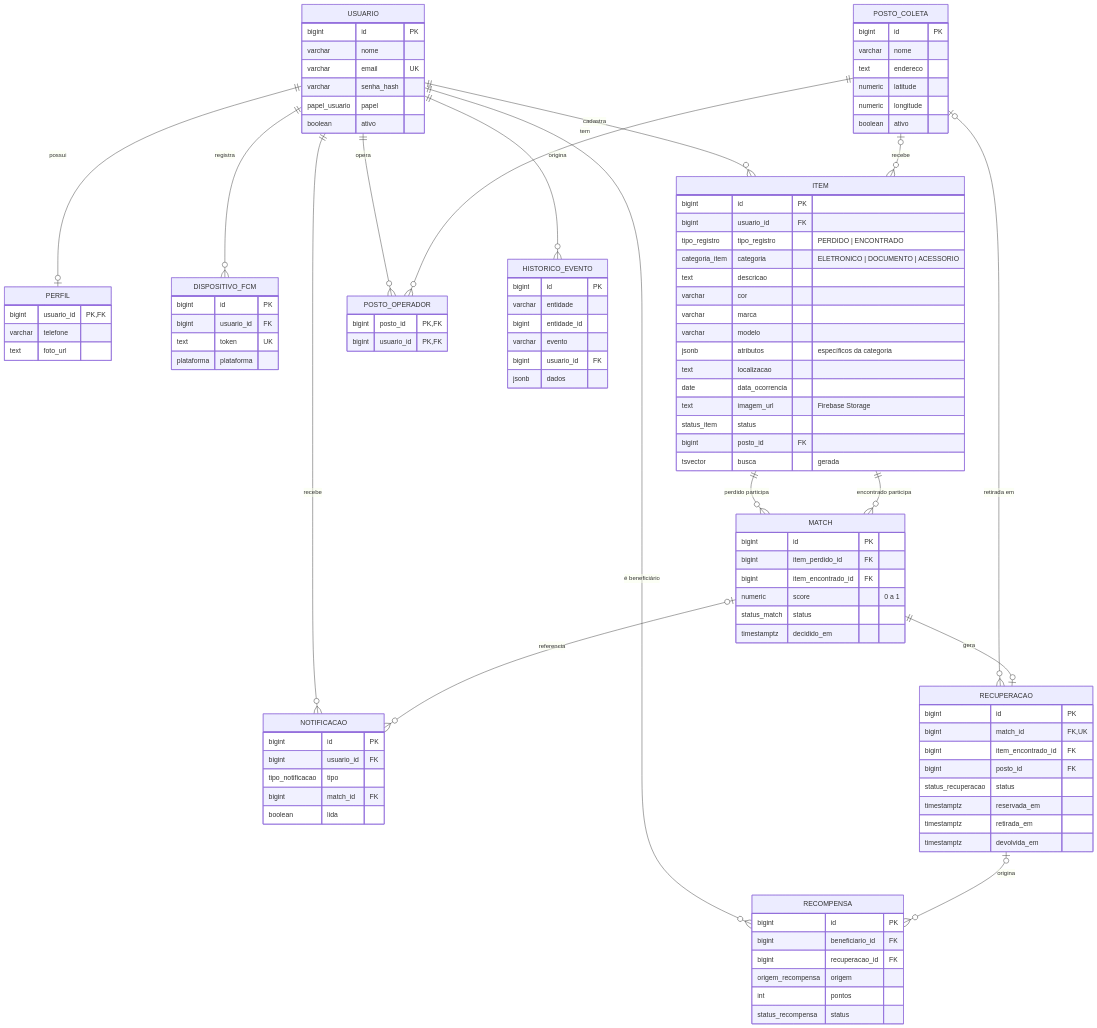
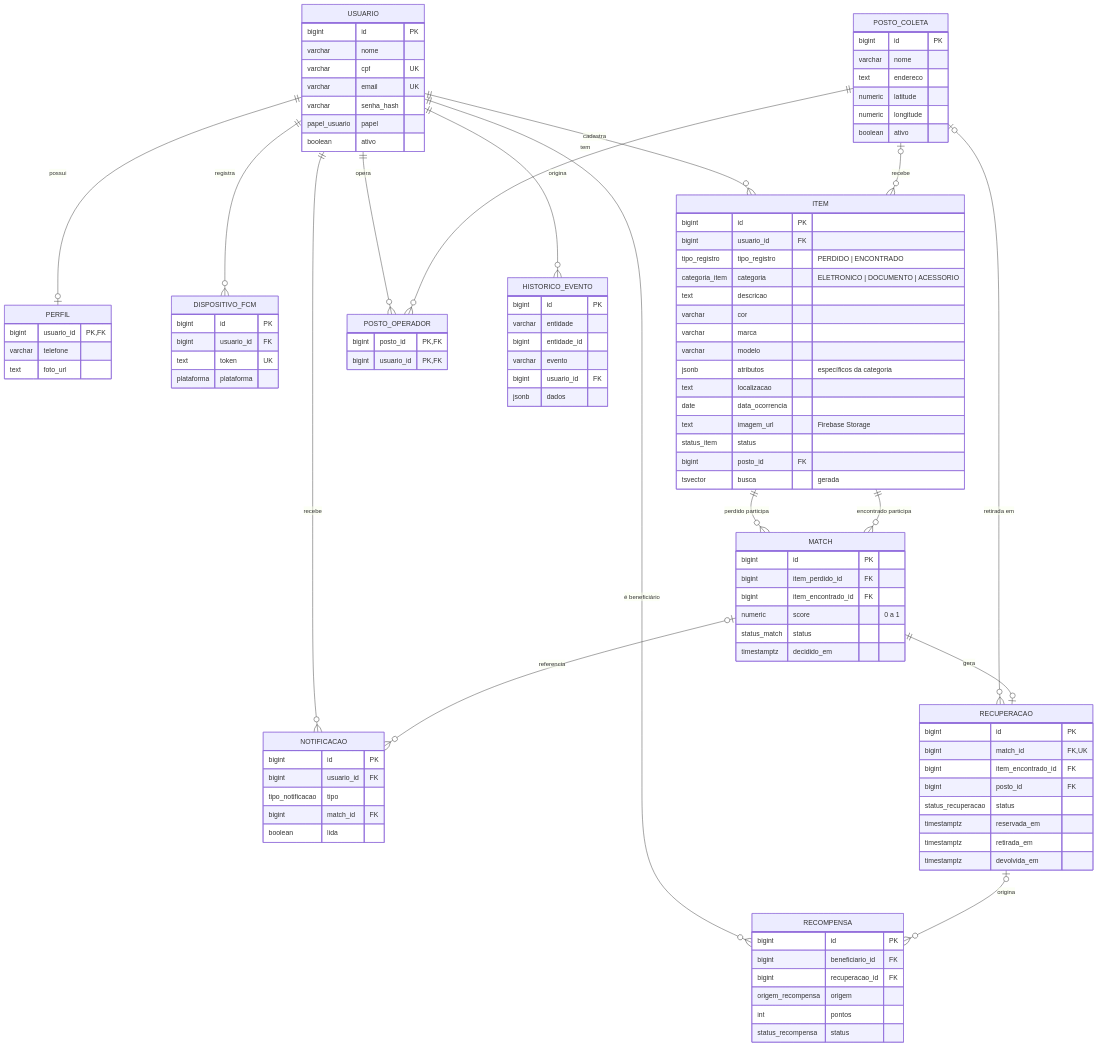
One commit to ES2-UFPI/EsqueceramAI changed the diagram in docs/esqueceramai_diagrama_er.md. Above: the diagram before and after it, drawn with Mermaid.

Commit message:
Adiciona campo CPF ao USUARIO

```diff
--- a/docs/esqueceramai_diagrama_er.md
+++ b/docs/esqueceramai_diagrama_er.md
@@ -23,6 +23,7 @@
     USUARIO {
         bigint id PK
         varchar nome
+        varchar cpf UK
         varchar email UK
         varchar senha_hash
         papel_usuario papel
```
